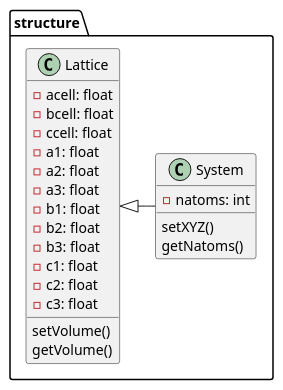
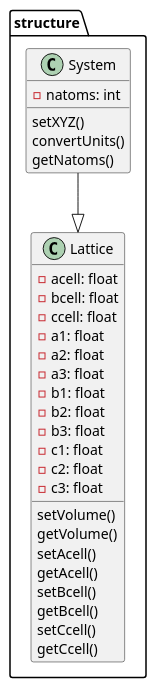
Before and after one commit to flavianowilliams/M3L: the diagram in docs/phase_diagram.puml, drawn with PlantUML. The commit also changed 49 other files, not shown here.

```diff
--- a/docs/phase_diagram.puml
+++ b/docs/phase_diagram.puml
@@ -1,26 +1,33 @@
 @startuml M3L
 package structure{
     class Lattice{
         -acell: float
         -bcell: float
         -ccell: float
         -a1: float
         -a2: float
         -a3: float
         -b1: float
         -b2: float
         -b3: float
         -c1: float
         -c2: float
         -c3: float
         setVolume()
         getVolume()
+        setAcell()
+        getAcell()
+        setBcell()
+        getBcell()
+        setCcell()
+        getCcell()
     }
     class System{
         -natoms: int
         setXYZ()
+        convertUnits()
         getNatoms()
     }
-    Lattice <|- System
+    System --|> Lattice
 }
 @enduml
```
